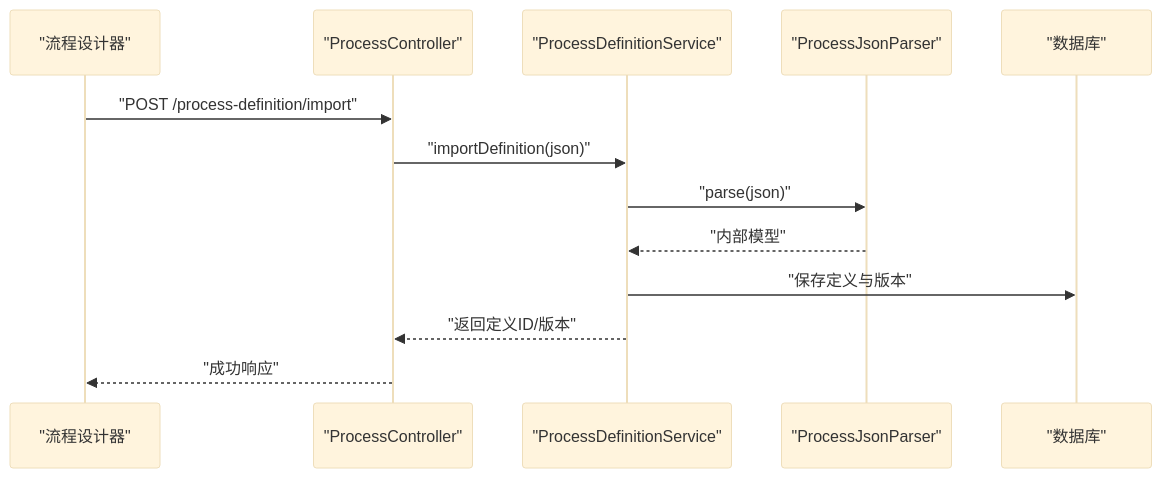
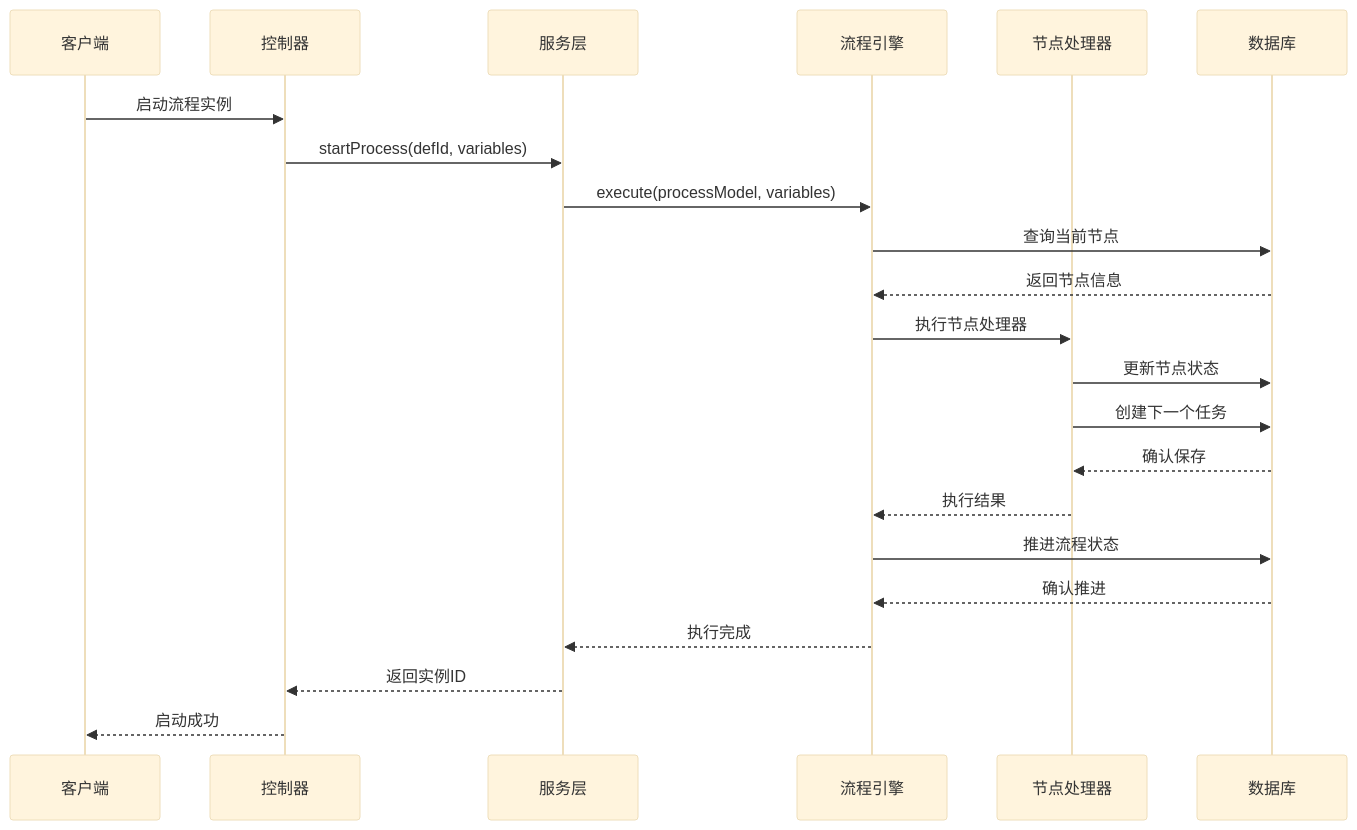
The fourth of 8 diagrams in .qoder/repowiki/zh/content/项目概述/项目介绍与特性.md (liming-lihaini/workflow), drawn with Mermaid (base theme) before and after one commit. The commit also changed other lines of this file and 38 other files, not shown here.

````diff
--- a/.qoder/repowiki/zh/content/项目概述/项目介绍与特性.md
+++ b/.qoder/repowiki/zh/content/项目概述/项目介绍与特性.md
@@ -175,15 +542,24 @@
 ```mermaid
 sequenceDiagram
-participant D as "流程设计器"
-participant API as "ProcessController"
-participant S as "ProcessDefinitionService"
-participant P as "ProcessJsonParser"
-participant DB as "数据库"
-D->>API : "POST /process-definition/import"
-API->>S : "importDefinition(json)"
-S->>P : "parse(json)"
-P-->>S : "内部模型"
-S->>DB : "保存定义与版本"
-S-->>API : "返回定义ID/版本"
-API-->>D : "成功响应"
+participant Client as 客户端
+participant API as 控制器
+participant Service as 服务层
+participant Engine as 流程引擎
+participant Handler as 节点处理器
+participant DB as 数据库
+Client->>API : 启动流程实例
+API->>Service : startProcess(defId, variables)
+Service->>Engine : execute(processModel, variables)
+Engine->>DB : 查询当前节点
+DB-->>Engine : 返回节点信息
+Engine->>Handler : 执行节点处理器
+Handler->>DB : 更新节点状态
+Handler->>DB : 创建下一个任务
+DB-->>Handler : 确认保存
+Handler-->>Engine : 执行结果
+Engine->>DB : 推进流程状态
+DB-->>Engine : 确认推进
+Engine-->>Service : 执行完成
+Service-->>API : 返回实例ID
+API-->>Client : 启动成功
 ```
````
